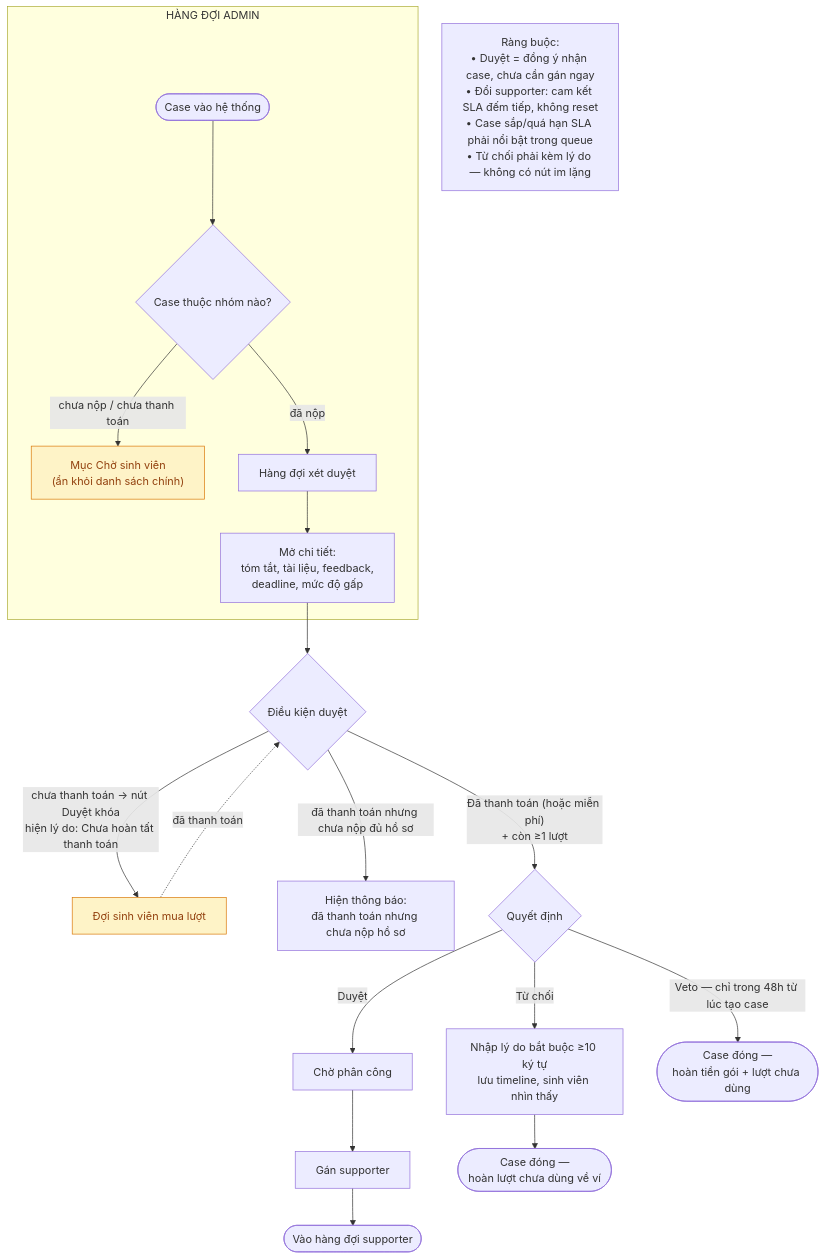
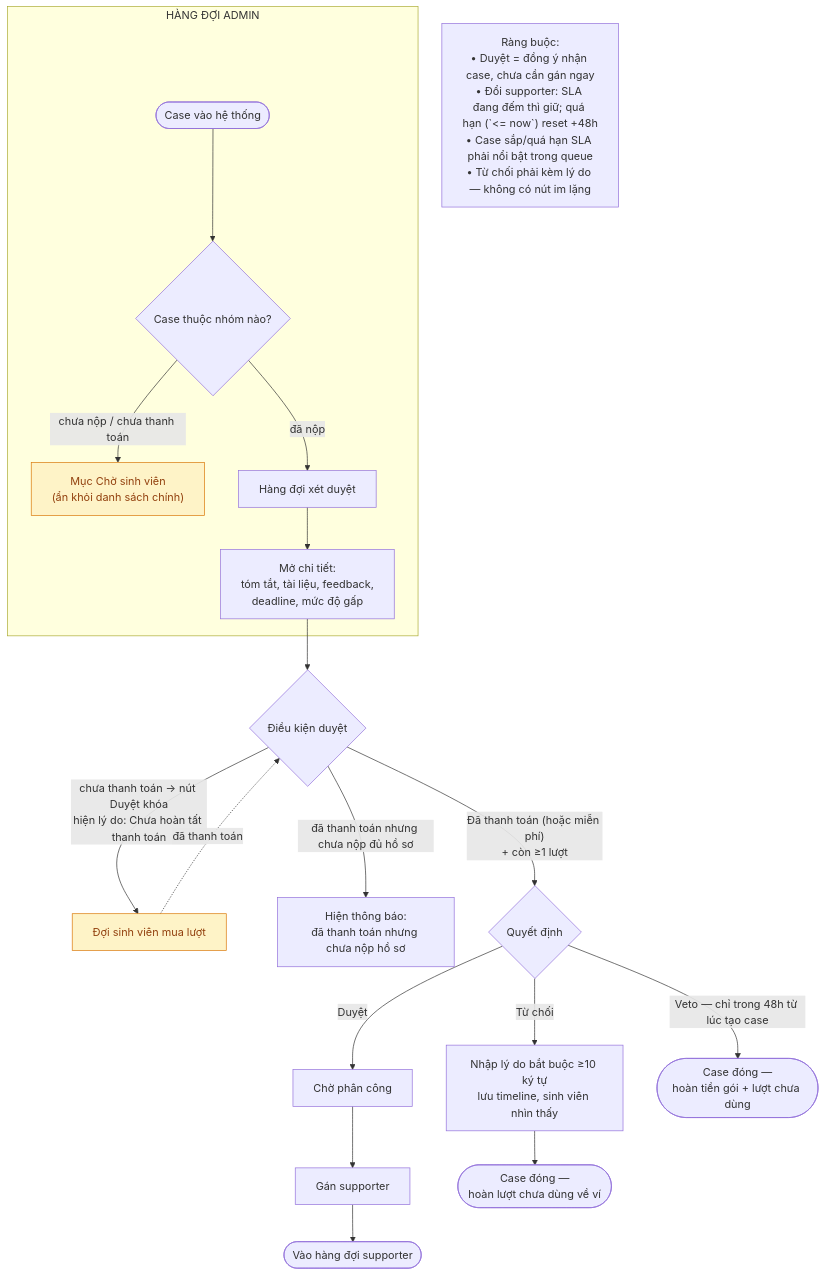
The diagram in docs/flows/admin-triage-and-assignment-flow.md (NEXUS-FOR-STARTUP/nexus-platform), drawn with Mermaid before and after one commit. The commit also changed 3 other files, not shown here.

````diff
--- a/docs/flows/admin-triage-and-assignment-flow.md
+++ b/docs/flows/admin-triage-and-assignment-flow.md
@@ -26,23 +26,23 @@
 ```mermaid
 flowchart TD
     subgraph QUEUE["HÀNG ĐỢI ADMIN"]
         A(["Case vào hệ thống"]) --> B{"Case thuộc nhóm nào?"}
         B -- "chưa nộp / chưa thanh toán" --> C["Mục Chờ sinh viên<br/>(ẩn khỏi danh sách chính)"]
         B -- "đã nộp" --> D["Hàng đợi xét duyệt"]
         D --> E["Mở chi tiết:<br/>tóm tắt, tài liệu, feedback,<br/>deadline, mức độ gấp"]
     end
     E --> F{"Điều kiện duyệt"}
     F -- "chưa thanh toán → nút Duyệt khóa<br/>hiện lý do: Chưa hoàn tất thanh toán" --> G["Đợi sinh viên mua lượt"]
     G -. "đã thanh toán" .-> F
     F -- "đã thanh toán nhưng chưa nộp đủ hồ sơ" --> H["Hiện thông báo:<br/>đã thanh toán nhưng chưa nộp hồ sơ"]
     F -- "Đã thanh toán (hoặc miễn phí)<br/>+ còn ≥1 lượt" --> I{"Quyết định"}
     I -- "Duyệt" --> J["Chờ phân công"]
     J --> K["Gán supporter"]
     K --> L(["Vào hàng đợi supporter"])
     I -- "Từ chối" --> M["Nhập lý do bắt buộc ≥10 ký tự<br/>lưu timeline, sinh viên nhìn thấy"]
     M --> N(["Case đóng —<br/>hoàn lượt chưa dùng về ví"])
     I -- "Veto — chỉ trong 48h từ lúc tạo case" --> O(["Case đóng —<br/>hoàn tiền gói + lượt chưa dùng"])
-    RULES["Ràng buộc:<br/>• Duyệt = đồng ý nhận case, chưa cần gán ngay<br/>• Đổi supporter: cam kết SLA đếm tiếp, không reset<br/>• Case sắp/quá hạn SLA phải nổi bật trong queue<br/>• Từ chối phải kèm lý do — không có nút im lặng"]
+    RULES["Ràng buộc:<br/>• Duyệt = đồng ý nhận case, chưa cần gán ngay<br/>• Đổi supporter: SLA đang đếm thì giữ; quá hạn (`<= now`) reset +48h<br/>• Case sắp/quá hạn SLA phải nổi bật trong queue<br/>• Từ chối phải kèm lý do — không có nút im lặng"]
     classDef warn fill:#FEF3C7,stroke:#D97706,color:#92400E
     class C,G warn
 ```
````
